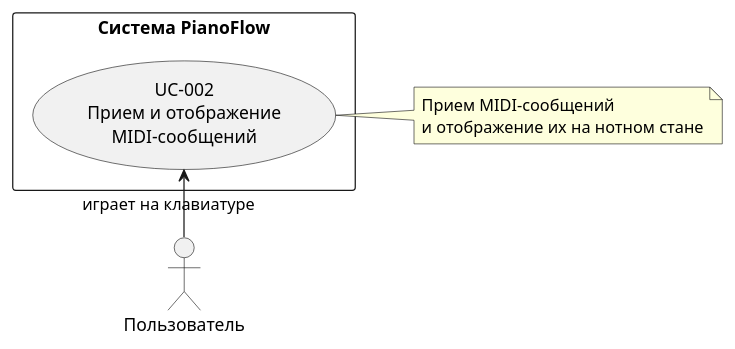
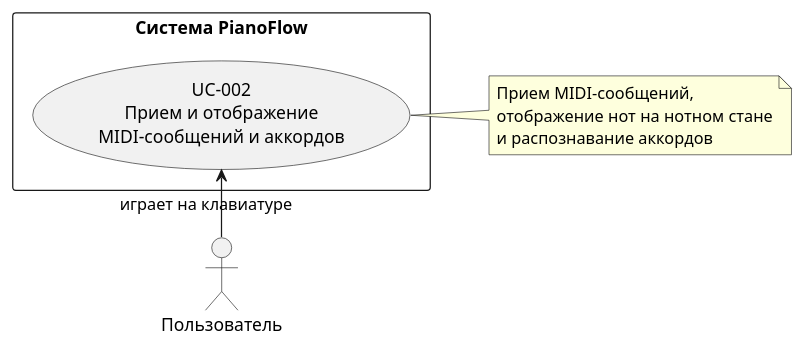
The first of 2 diagrams in docs/ru/uc/MIDI_MESSAGE_PROCESSING.md (astrizhachuk/PianoFlow), drawn with PlantUML before and after one commit. The commit also changed other lines of this file and 47 other files, not shown here.

````diff
--- a/docs/ru/uc/MIDI_MESSAGE_PROCESSING.md
+++ b/docs/ru/uc/MIDI_MESSAGE_PROCESSING.md
@@ -19,17 +19,18 @@
 ```plantuml
 @startuml
 left to right direction
 actor Пользователь as User
 rectangle "Система PianoFlow" {
-  usecase UC2 as "UC-002\nПрием и отображение\nMIDI-сообщений"
+  usecase UC2 as "UC-002\nПрием и отображение\nMIDI-сообщений и аккордов"
 }
 
 User -> UC2 : играет на клавиатуре
 
 note right of UC2
-  Прием MIDI-сообщений
-  и отображение их на нотном стане
+  Прием MIDI-сообщений,
+  отображение нот на нотном стане
+  и распознавание аккордов
 end note
 
 @enduml
 ```
````
